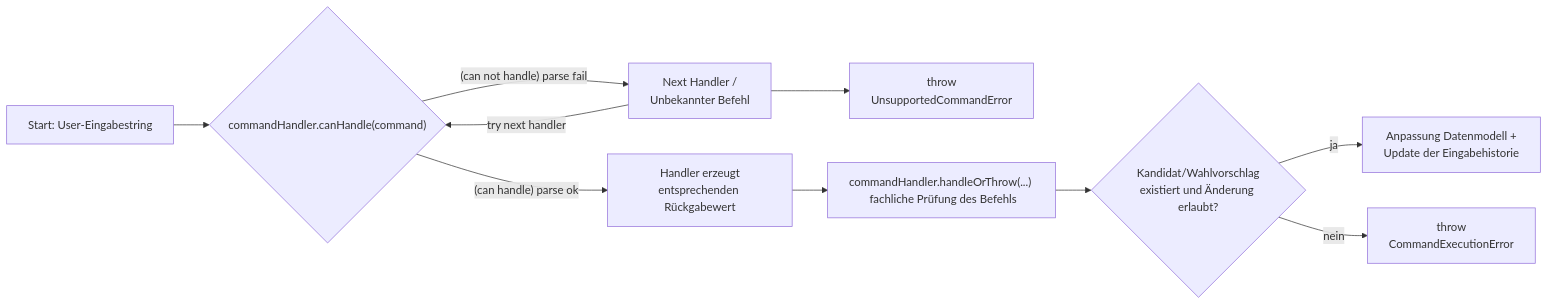
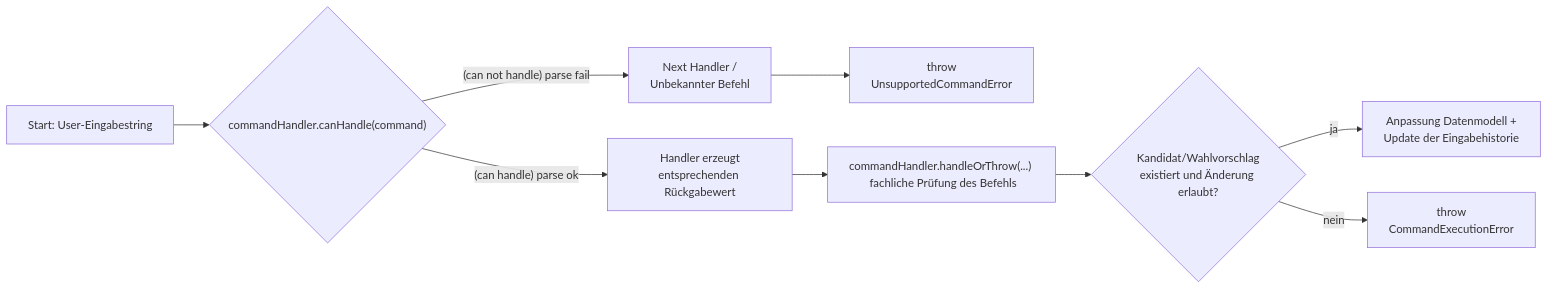
Before and after one commit to it-at-m/Wahllokalsystem: the fourth of 4 diagrams in docs/src/dse/index.md, drawn with Mermaid.

Commit message:
#3358 coderabbit: remove try next handler connection

````diff
--- a/docs/src/dse/index.md
+++ b/docs/src/dse/index.md
@@ -148,15 +148,14 @@
 ```mermaid
 flowchart LR
     A["Start: User-Eingabestring"] --> B{"commandHandler.canHandle(command)"}
 
     B -->|"(can not handle) parse fail"| C["Next Handler /<br/>Unbekannter Befehl"]
     C --> D["throw<br/>UnsupportedCommandError"]
-    C -->|try next handler| B
     
     B -->|"(can handle) parse ok"| E["Handler erzeugt<br/>entsprechenden Rückgabewert"]
     E --> F["commandHandler.handleOrThrow(...) <br/> fachliche Prüfung des Befehls"]
     F --> G{"Kandidat/Wahlvorschlag<br/>existiert und Änderung erlaubt?"}
 
     G -->|ja| H["Anpassung Datenmodell +<br/>Update der Eingabehistorie"]
     G -->|nein| J["throw <br/> CommandExecutionError"]
 ```
````
